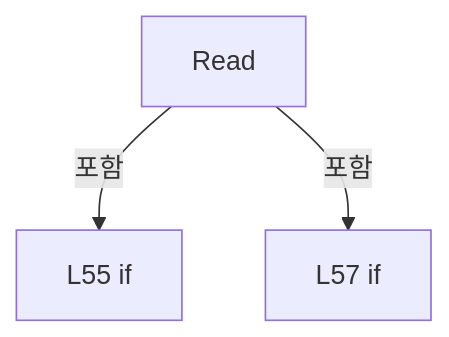
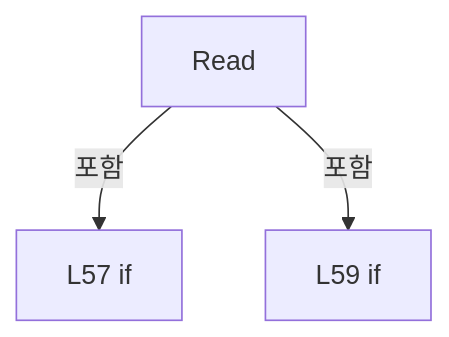
Before and after one commit to kjuws10-rgb/Shared: the third of 9 diagrams in A3 LD Code Ref/files/Drilling.Common/Review/CZeroDefenceRecipePlan.cs.md, drawn with Mermaid. The commit also changed other lines of this file and 2071 other files, not shown here.

Commit message:
docs(a3): update 11.19.0 architecture and code reference

````diff
--- a/A3 LD Code Ref/files/Drilling.Common/Review/CZeroDefenceRecipePlan.cs.md
+++ b/A3 LD Code Ref/files/Drilling.Common/Review/CZeroDefenceRecipePlan.cs.md
@@ -618,8 +635,8 @@
 ```mermaid
 flowchart TD
  M["Read"]
- N0["L55 if"]
+ N0["L57 if"]
  M -->|포함| N0
- N1["L57 if"]
+ N1["L59 if"]
  M -->|포함| N1
 ```
````
